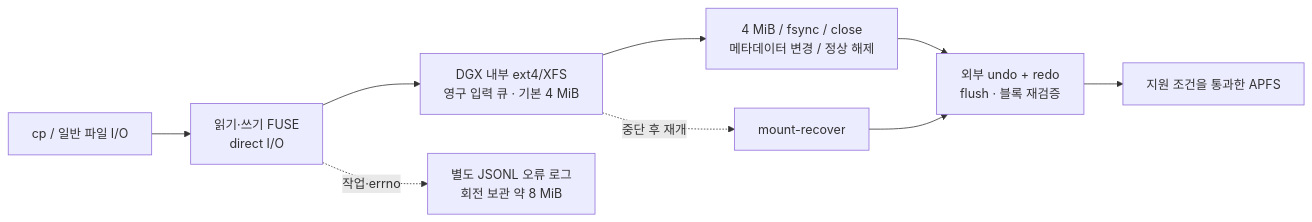
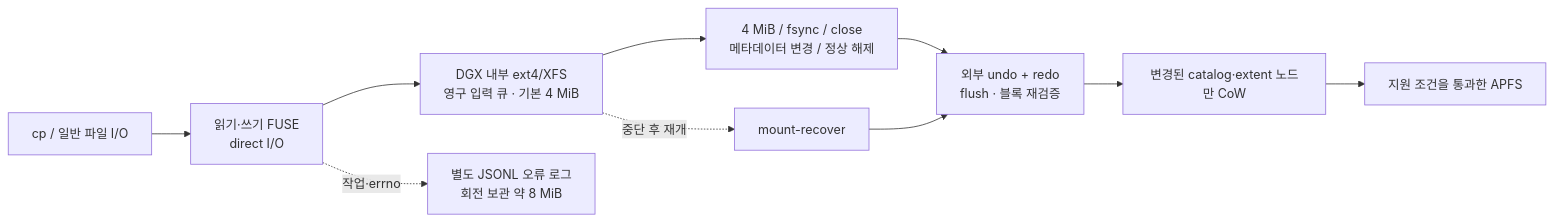
The diagram in README.md (JUNJOONHWAN/LAPFS), drawn with Mermaid before and after one commit. The commit also changed other lines of this file and 34 other files, not shown here.

````diff
--- a/README.md
+++ b/README.md
@@ -28,11 +28,12 @@
 ```mermaid
 flowchart LR
     App["cp / 일반 파일 I/O"] --> FUSE["읽기·쓰기 FUSE\ndirect I/O"]
     FUSE --> Queue["DGX 내부 ext4/XFS\n영구 입력 큐 · 기본 4 MiB"]
     Queue --> Trigger["4 MiB / fsync / close\n메타데이터 변경 / 정상 해제"]
     Trigger --> Journal["외부 undo + redo\nflush · 블록 재검증"]
-    Journal --> APFS["지원 조건을 통과한 APFS"]
+    Journal --> COW["변경된 catalog·extent 노드만 CoW"]
+    COW --> APFS["지원 조건을 통과한 APFS"]
     Queue -. "중단 후 재개" .-> Recover["mount-recover"]
     Recover --> Journal
     FUSE -. "작업·errno" .-> Log["별도 JSONL 오류 로그\n회전 보관 약 8 MiB"]
 ```
````
